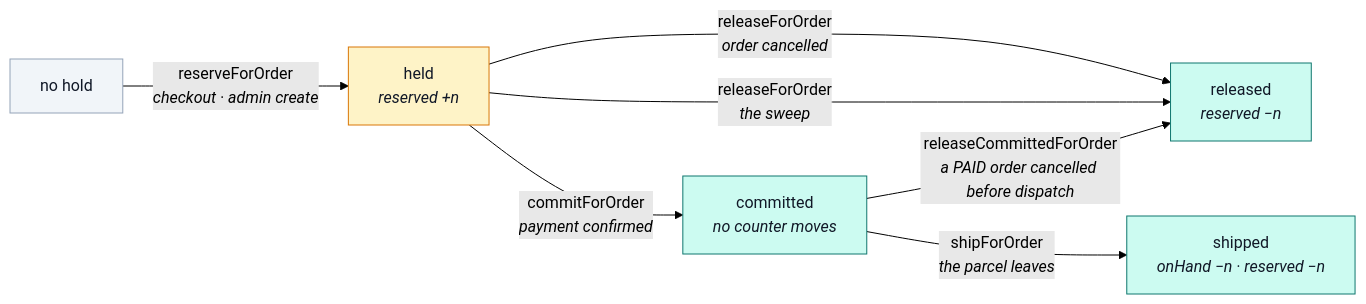
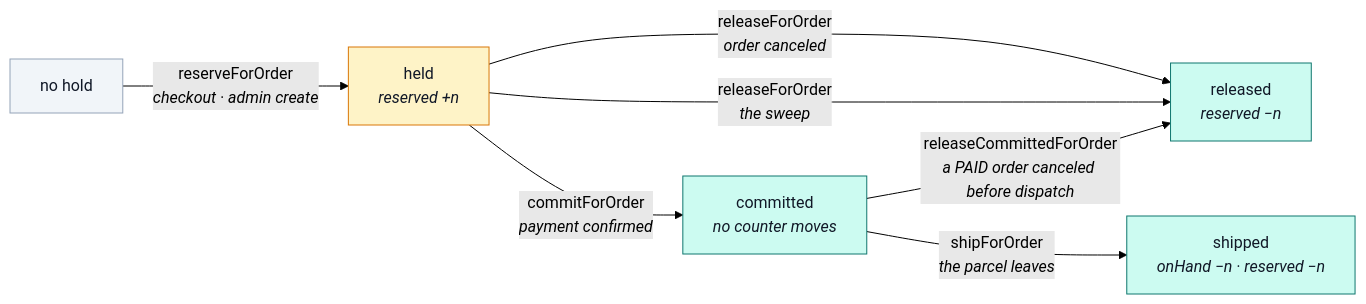
Before and after one commit to Guebbit/boilerplate-node-backend: the first of 3 diagrams in docs/modules/inventory-reservations.md, drawn with Mermaid (forest theme). The commit also changed 301 other files, not shown here.

````diff
--- a/docs/modules/inventory-reservations.md
+++ b/docs/modules/inventory-reservations.md
@@ -19,17 +19,17 @@
 ```mermaid
 %%{init: {'flowchart': {'nodeSpacing': 34, 'rankSpacing': 60}}}%%
 flowchart LR
     N["no hold"] -->|"reserveForOrder<br/><i>checkout · admin create</i>"| H["held<br/><i>reserved +n</i>"]
     H -->|"commitForOrder<br/><i>payment confirmed</i>"| C["committed<br/><i>no counter moves</i>"]
-    H -->|"releaseForOrder<br/><i>order cancelled</i>"| R["released<br/><i>reserved −n</i>"]
+    H -->|"releaseForOrder<br/><i>order canceled</i>"| R["released<br/><i>reserved −n</i>"]
     H -->|"releaseForOrder<br/><i>the sweep</i>"| R
-    C -->|"releaseCommittedForOrder<br/><i>a PAID order cancelled before dispatch</i>"| R
+    C -->|"releaseCommittedForOrder<br/><i>a PAID order canceled before dispatch</i>"| R
     C -->|"shipForOrder<br/><i>the parcel leaves</i>"| S["shipped<br/><i>onHand −n · reserved −n</i>"]
 
     classDef open fill:#fef3c7,stroke:#d97706,color:#111827;
     classDef done fill:#ccfbf1,stroke:#0f766e,color:#111827;
     classDef none fill:#f1f5f9,stroke:#94a3b8,color:#111827;
     class H open;
     class C,R,S done;
     class N none;
 ```
````
